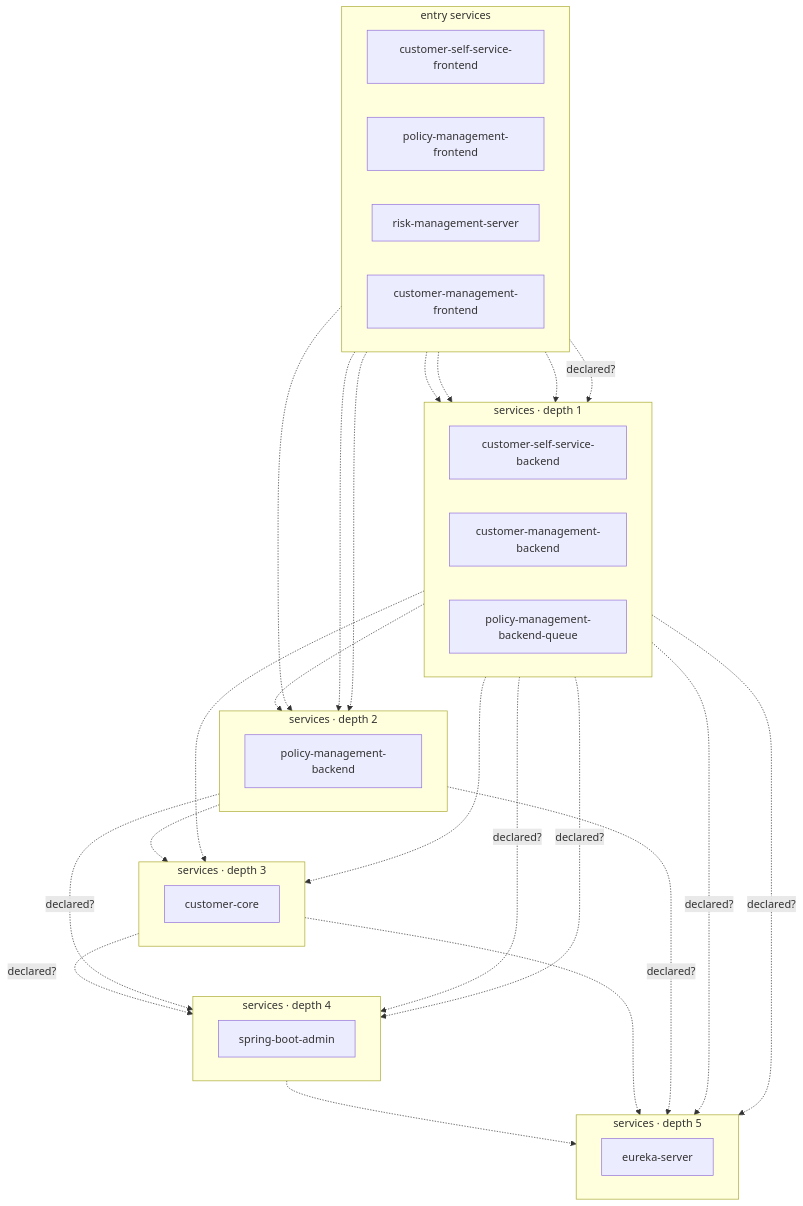
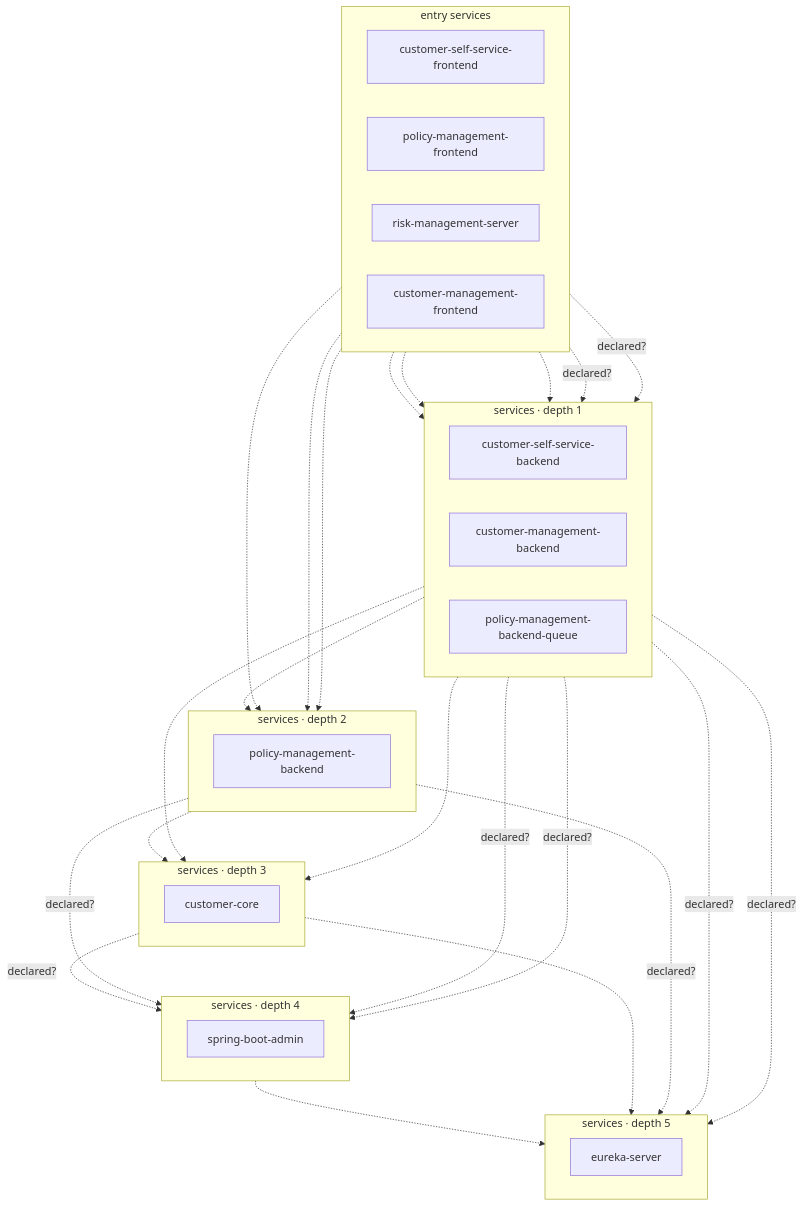
Before and after one commit to ANYuu531/ChatOps4Msa-Pipeline: the diagram in docs/generalization/external/lakeside-mutual.summary.md, drawn with Mermaid. The commit also changed other lines of this file and 105 other files, not shown here.

````diff
--- a/docs/generalization/external/lakeside-mutual.summary.md
+++ b/docs/generalization/external/lakeside-mutual.summary.md
@@ -63,56 +75,57 @@
 ```mermaid
 flowchart TB
 %% DepWeaver — microservice dependency graph
 %% solid arrow = observed at runtime (Istio) · dashed = declared in code/doc only
 %% node shape: [service] ([gateway]) [(db)] {{queue}} [/external/]
   subgraph layer0 ["entry services"]
     direction LR
     customer_self_service_frontend["customer-self-service-frontend"]
     policy_management_frontend["policy-management-frontend"]
     risk_management_server["risk-management-server"]
     customer_management_frontend["customer-management-frontend"]
   end
   subgraph layer1 ["services · depth 1"]
     direction LR
     customer_self_service_backend["customer-self-service-backend"]
     customer_management_backend["customer-management-backend"]
     policy_management_backend_queue["policy-management-backend-queue"]
   end
   subgraph layer2 ["services · depth 2"]
     direction LR
     policy_management_backend["policy-management-backend"]
   end
   subgraph layer3 ["services · depth 3"]
     direction LR
     customer_core["customer-core"]
   end
   subgraph layer4 ["services · depth 4"]
     direction LR
     spring_boot_admin["spring-boot-admin"]
   end
   subgraph layer5 ["services · depth 5"]
     direction LR
     eureka_server["eureka-server"]
   end
   customer_management_backend -.-> customer_core
   policy_management_backend -.-> customer_core
   customer_self_service_backend -.-> customer_core
   customer_core -.-> eureka_server
   customer_management_frontend -.-> customer_management_backend
   customer_self_service_backend -.-> policy_management_backend
   customer_self_service_frontend -.-> customer_self_service_backend
   customer_self_service_frontend -.-> customer_management_backend
   customer_self_service_frontend -.-> policy_management_backend
   policy_management_frontend -.-> policy_management_backend
   spring_boot_admin -.-> eureka_server
   risk_management_server -.-> policy_management_backend
-  customer_management_backend -. declared? .-> eureka_server
-  customer_self_service_backend -. declared? .-> eureka_server
-  policy_management_backend -. declared? .-> eureka_server
   customer_core -. declared? .-> spring_boot_admin
   customer_management_backend -. declared? .-> spring_boot_admin
   policy_management_backend -. declared? .-> spring_boot_admin
   customer_self_service_backend -. declared? .-> spring_boot_admin
+  customer_management_frontend -. declared? .-> customer_self_service_backend
+  customer_management_backend -. declared? .-> eureka_server
+  customer_self_service_backend -. declared? .-> eureka_server
+  policy_management_backend -. declared? .-> eureka_server
   risk_management_server -. declared? .-> policy_management_backend_queue
 
 ```
````
